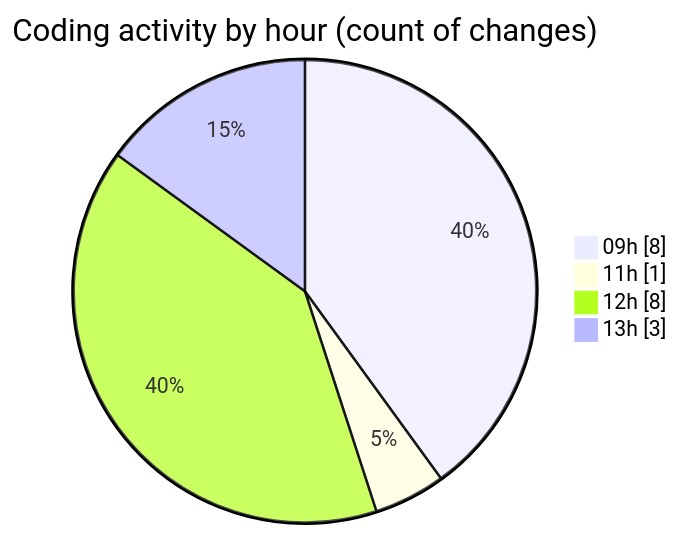
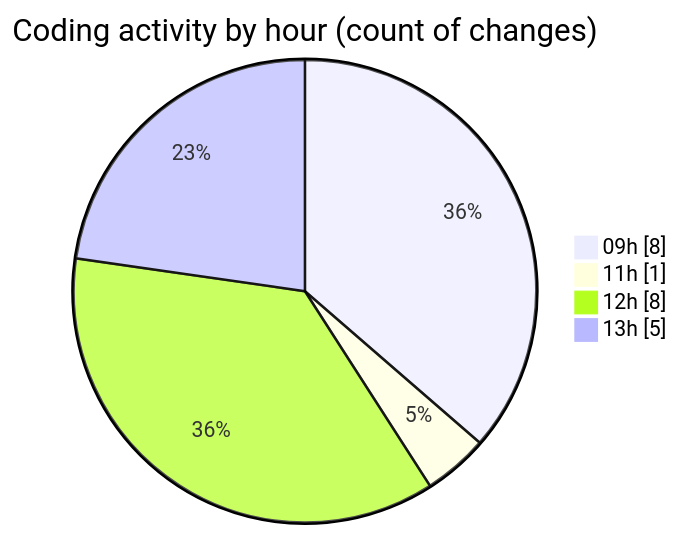
Before and after one commit to ricardozamudiocil/code-tracking: the second of 2 diagrams in 2026-06-16/cilapp/README.md, drawn with Mermaid. The commit also changed other lines of this file and 1 other file, not shown here.

````diff
--- a/2026-06-16/cilapp/README.md
+++ b/2026-06-16/cilapp/README.md
@@ -35,8 +35,8 @@
 ```mermaid
 pie showData
 title Coding activity by hour (count of changes)
 "09h" : 8
 "11h" : 1
 "12h" : 8
-"13h" : 3
+"13h" : 5
 ```
````
